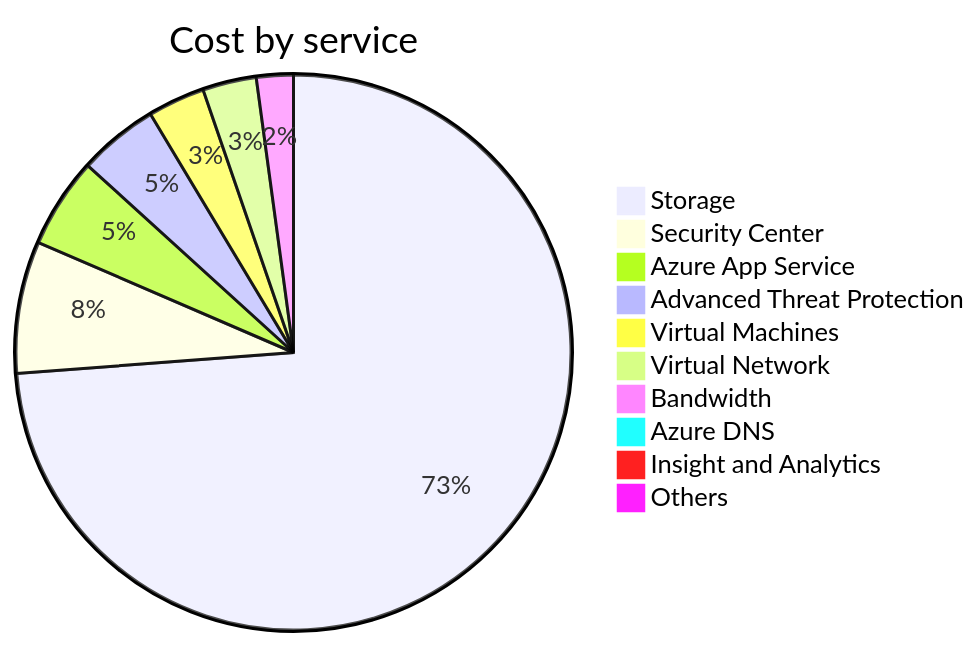
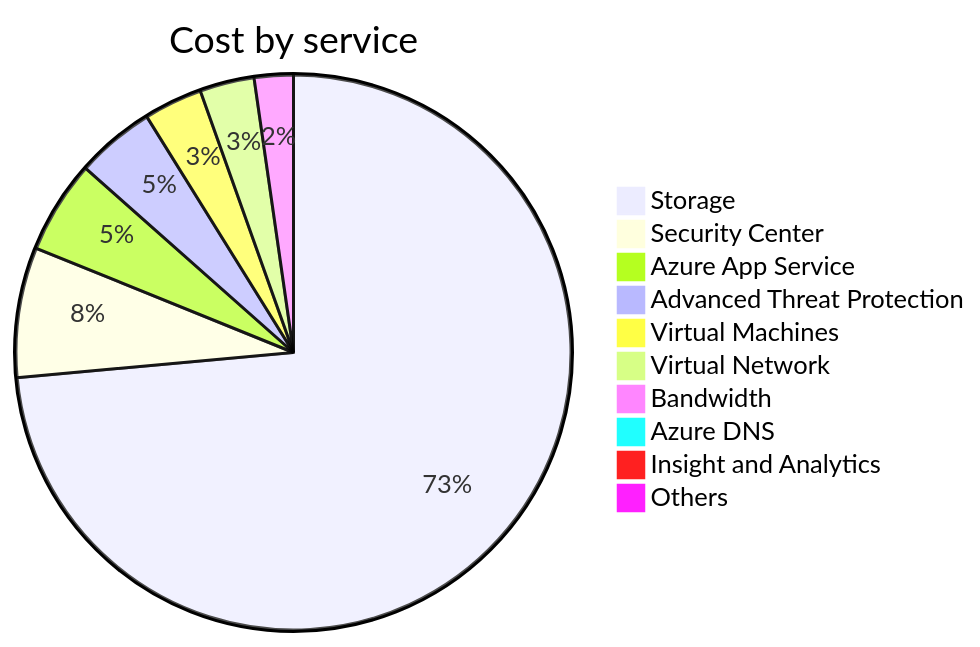
One commit to jpfulton/azure-personal-reports changed the second of 4 diagrams in cost-reports/accumulated-cost.md. Above: the diagram before and after it, drawn with Mermaid. The commit also changed other lines of this file and 4 other files, not shown here.

````diff
--- a/cost-reports/accumulated-cost.md
+++ b/cost-reports/accumulated-cost.md
@@ -102,14 +102,14 @@
 ```mermaid
 pie
    title Cost by service
-   "Storage" : 190.10
+   "Storage" : 192.24
    "Security Center" : 19.78
-   "Azure App Service" : 13.56
-   "Advanced Threat Protection" : 12.00
-   "Virtual Machines" : 8.57
-   "Virtual Network" : 8.06
-   "Bandwidth" : 5.53
-   "Azure DNS" : 1.12
+   "Azure App Service" : 14.15
+   "Advanced Threat Protection" : 12.03
+   "Virtual Machines" : 8.92
+   "Virtual Network" : 8.29
+   "Bandwidth" : 5.94
+   "Azure DNS" : 1.17
    "Insight and Analytics" : 0.00
    "Others" : 0.00
 ```
````
